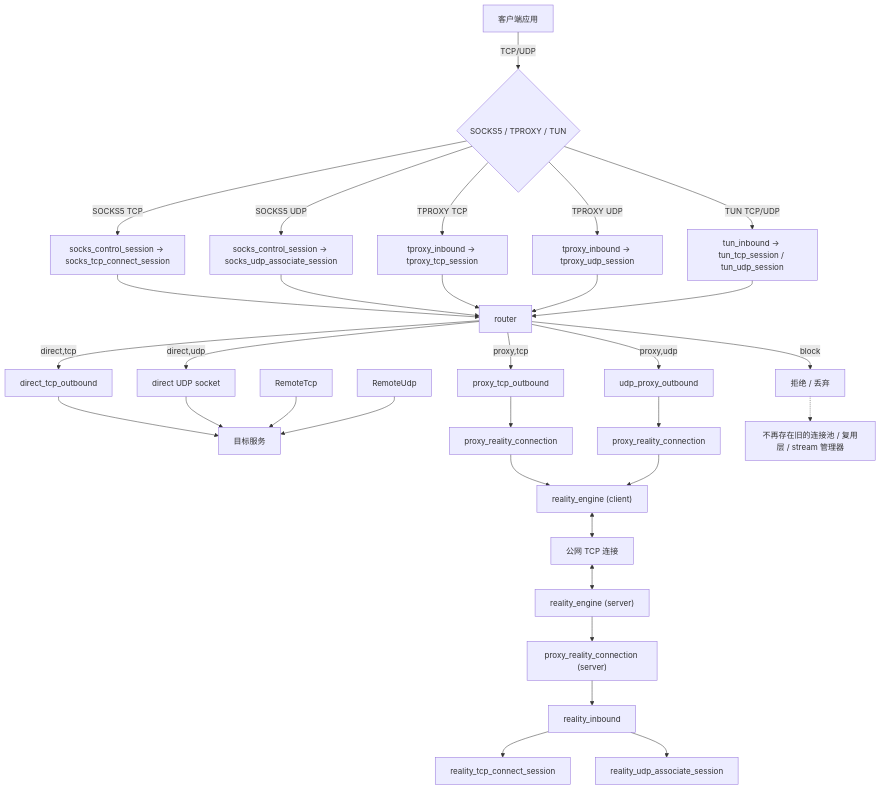
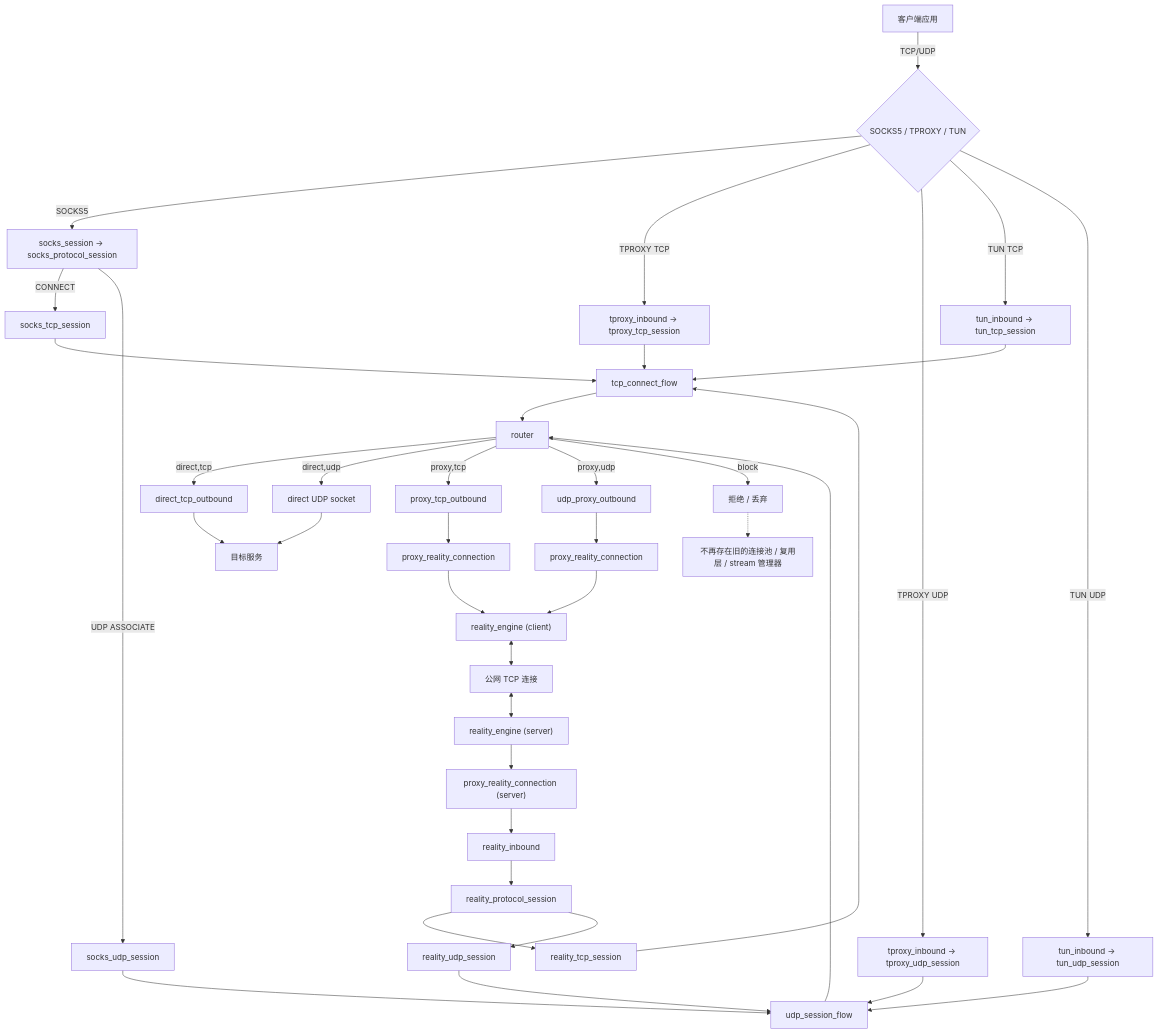
One commit to gyl30/socks changed the first of 5 diagrams in doc/flow.md. Above: the diagram before and after it, drawn with Mermaid. The commit also changed other lines of this file and 4 other files, not shown here.

````diff
--- a/doc/flow.md
+++ b/doc/flow.md
@@ -13,40 +20,46 @@
 ```mermaid
 flowchart TD
   App[客户端应用] -->|TCP/UDP| Inbound{SOCKS5 / TPROXY / TUN}
 
-  Inbound -->|SOCKS5 TCP| SocksTcp["socks_control_session -> socks_tcp_connect_session"]
-  Inbound -->|SOCKS5 UDP| SocksUdp["socks_control_session -> socks_udp_associate_session"]
+  Inbound -->|SOCKS5| SocksProto["socks_session -> socks_protocol_session"]
+  SocksProto -->|CONNECT| SocksTcp["socks_tcp_session"]
+  SocksProto -->|UDP ASSOCIATE| SocksUdp["socks_udp_session"]
   Inbound -->|TPROXY TCP| TproxyTcp["tproxy_inbound -> tproxy_tcp_session"]
   Inbound -->|TPROXY UDP| TproxyUdp["tproxy_inbound -> tproxy_udp_session"]
-  Inbound -->|TUN TCP/UDP| TunInbound["tun_inbound -> tun_tcp_session / tun_udp_session"]
+  Inbound -->|TUN TCP| TunTcp["tun_inbound -> tun_tcp_session"]
+  Inbound -->|TUN UDP| TunUdp["tun_inbound -> tun_udp_session"]
 
-  SocksTcp --> Router[router]
-  SocksUdp --> Router
-  TproxyTcp --> Router
-  TproxyUdp --> Router
-  TunInbound --> Router
+  SocksTcp --> TcpFlow[tcp_connect_flow]
+  TproxyTcp --> TcpFlow
+  TunTcp --> TcpFlow
+  SocksUdp --> UdpFlow[udp_session_flow]
+  TproxyUdp --> UdpFlow
+  TunUdp --> UdpFlow
+  TcpFlow --> Router[router]
+  UdpFlow --> Router
 
   Router -->|direct,tcp| DirectTcp[direct_tcp_outbound]
   Router -->|direct,udp| DirectUdp[direct UDP socket]
   Router -->|proxy,tcp| ProxyTcp[proxy_tcp_outbound]
   Router -->|proxy,udp| ProxyUdp[udp_proxy_outbound]
   Router -->|block| Block[拒绝 / 丢弃]
 
   DirectTcp --> Target[目标服务]
   DirectUdp --> Target
 
   ProxyTcp --> ClientConnTcp[proxy_reality_connection]
   ProxyUdp --> ClientConnUdp[proxy_reality_connection]
   ClientConnTcp --> ClientReality["reality_engine (client)"]
   ClientConnUdp --> ClientReality
   ClientReality <--> Network[公网 TCP 连接]
   Network <--> ServerReality["reality_engine (server)"]
   ServerReality --> ServerConn["proxy_reality_connection (server)"]
   ServerConn --> RealityInbound[reality_inbound]
-  RealityInbound --> RealityTcp[reality_tcp_connect_session]
-  RealityInbound --> RealityUdp[reality_udp_associate_session]
-  RemoteTcp --> Target
-  RemoteUdp --> Target
+  RealityInbound --> RealityProto["reality_protocol_session"]
+  RealityProto --> RealityTcp[reality_tcp_session]
+  RealityProto --> RealityUdp[reality_udp_session]
+  RealityTcp --> TcpFlow
+  RealityUdp --> UdpFlow
 
   Block -.-> Note1["不再存在旧的连接池 / 复用层 / stream 管理器"]
 ```
````
